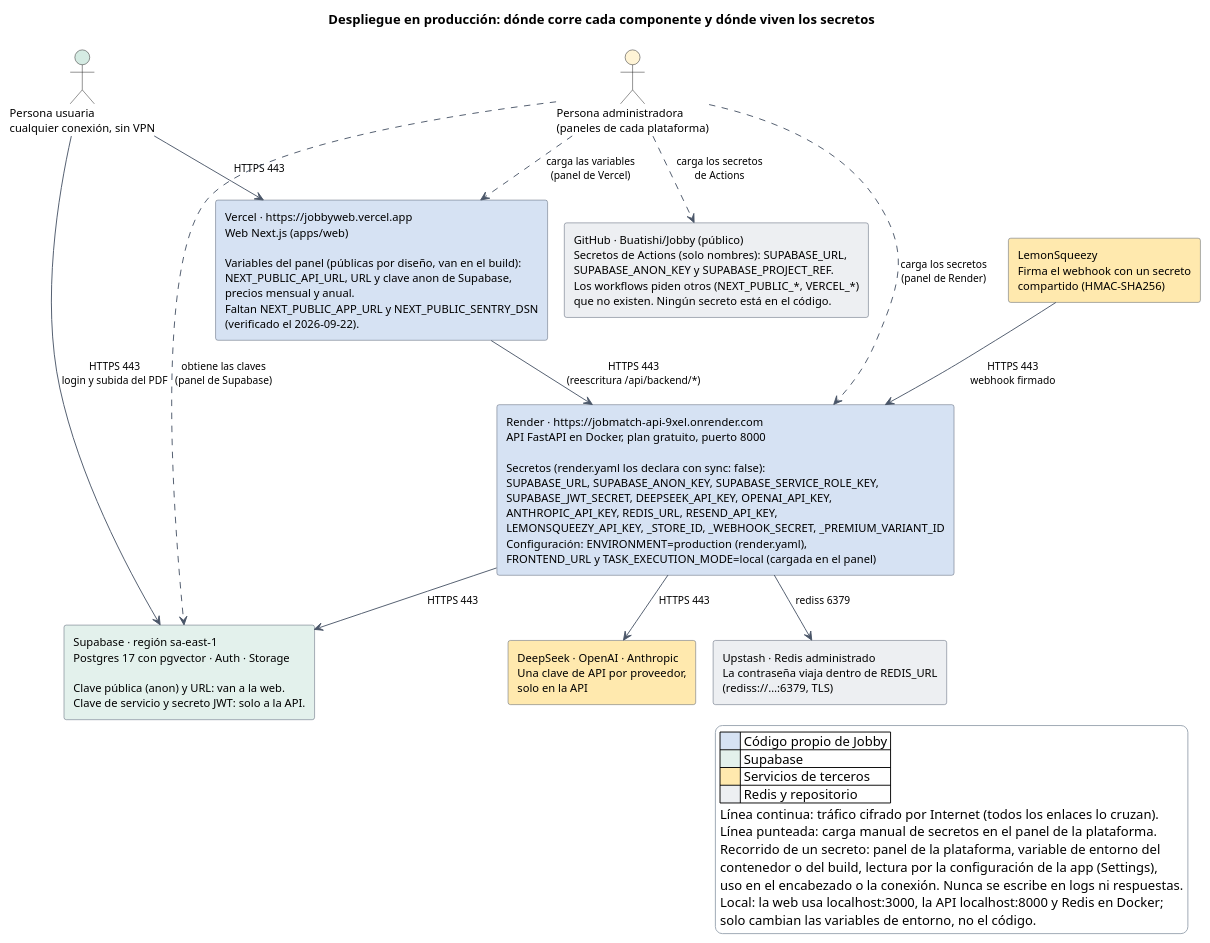
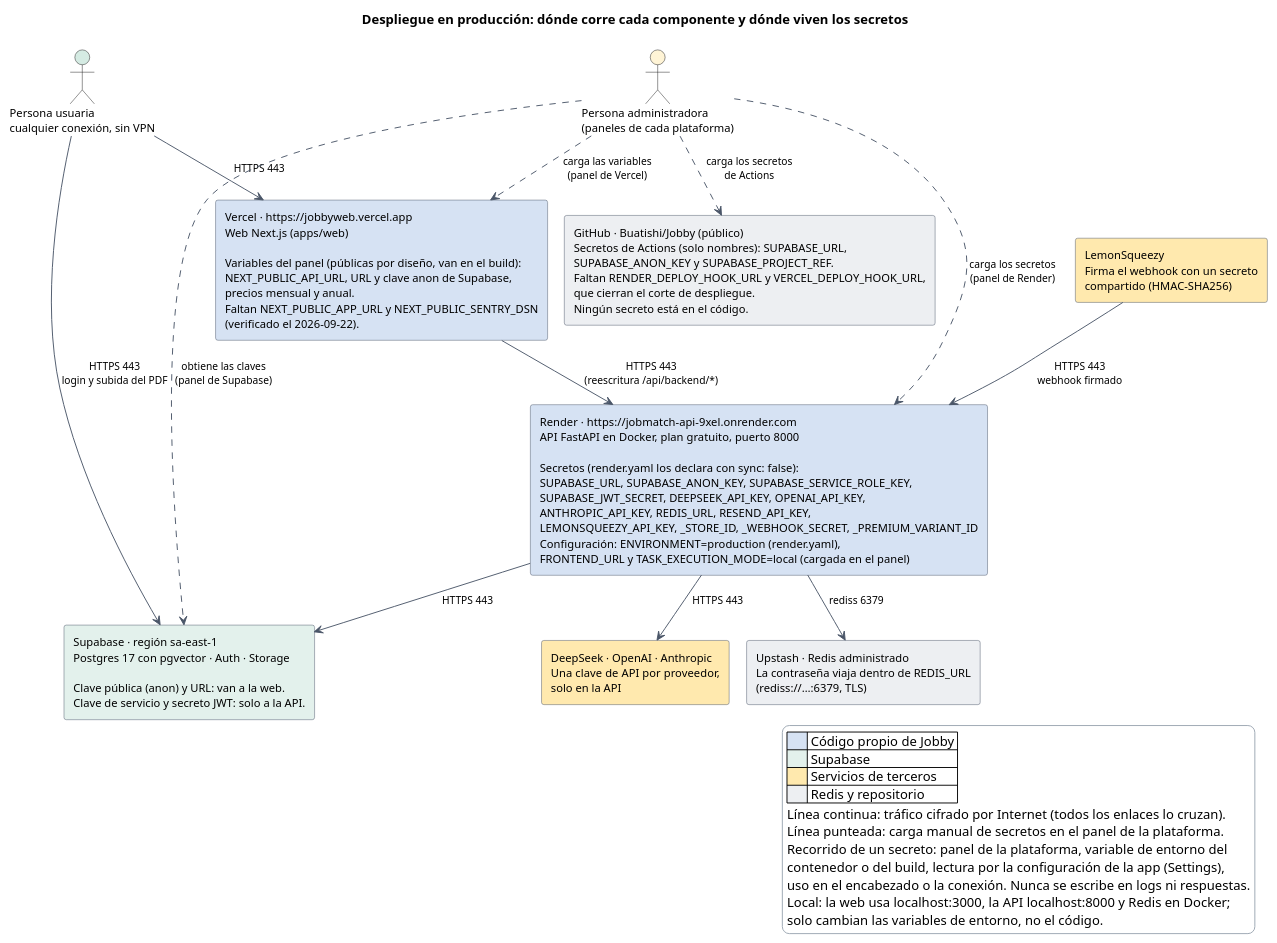
Before and after one commit to Buatishi/Jobby: the diagram in docs/diagramas/despliegue-y-secretos.puml, drawn with PlantUML. The commit also changed 8 other files, not shown here.

```diff
--- a/docs/diagramas/despliegue-y-secretos.puml
+++ b/docs/diagramas/despliegue-y-secretos.puml
@@ -1,61 +1,61 @@
 @startuml
 ' Despliegue de Jobby en producción, con la ubicación de los secretos. Verificado contra render.yaml, .env.example,
 ' README.md (En producción, Despliegue y Variables de entorno), apps/web/next.config.ts y las comprobaciones del 2026-09-21.
 ' Solo aparecen NOMBRES de variables; ningún valor.
 !pragma layout smetana
 top to bottom direction
 skinparam shadowing false
 skinparam defaultFontName Arial
 skinparam defaultFontSize 12
 skinparam ArrowColor #4A5568
 skinparam ArrowFontSize 11
 skinparam RectangleBorderColor #4A5568
 skinparam legendBackgroundColor #FFFFFF
 skinparam legendBorderColor #9AA5B1
 
 title Despliegue en producción: dónde corre cada componente y dónde viven los secretos
 
 actor "Persona usuaria\ncualquier conexión, sin VPN" as U #D5EBE3
 actor "Persona administradora\n(paneles de cada plataforma)" as ADM #FFF4D6
 
 rectangle "Vercel · https://jobbyweb.vercel.app\nWeb Next.js (apps/web)\n\nVariables del panel (públicas por diseño, van en el build):\nNEXT_PUBLIC_API_URL, URL y clave anon de Supabase,\nprecios mensual y anual.\nFaltan NEXT_PUBLIC_APP_URL y NEXT_PUBLIC_SENTRY_DSN\n(verificado el 2026-09-22)." as WEB #D6E2F3
 
 rectangle "Render · https://jobmatch-api-9xel.onrender.com\nAPI FastAPI en Docker, plan gratuito, puerto 8000\n\nSecretos (render.yaml los declara con sync: false):\nSUPABASE_URL, SUPABASE_ANON_KEY, SUPABASE_SERVICE_ROLE_KEY,\nSUPABASE_JWT_SECRET, DEEPSEEK_API_KEY, OPENAI_API_KEY,\nANTHROPIC_API_KEY, REDIS_URL, RESEND_API_KEY,\nLEMONSQUEEZY_API_KEY, _STORE_ID, _WEBHOOK_SECRET, _PREMIUM_VARIANT_ID\nConfiguración: ENVIRONMENT=production (render.yaml),\nFRONTEND_URL y TASK_EXECUTION_MODE=local (cargada en el panel)" as API #D6E2F3
 
 rectangle "Supabase · región sa-east-1\nPostgres 17 con pgvector · Auth · Storage\n\nClave pública (anon) y URL: van a la web.\nClave de servicio y secreto JWT: solo a la API." as SUP #E3F1EC
 
 rectangle "Upstash · Redis administrado\nLa contraseña viaja dentro de REDIS_URL\n(rediss://…:6379, TLS)" as RED #EDEFF2
 
 rectangle "DeepSeek · OpenAI · Anthropic\nUna clave de API por proveedor,\nsolo en la API" as IA #FFE9AE
 
 rectangle "LemonSqueezy\nFirma el webhook con un secreto\ncompartido (HMAC-SHA256)" as LS #FFE9AE
 
-rectangle "GitHub · Buatishi/Jobby (público)\nSecretos de Actions (solo nombres): SUPABASE_URL,\nSUPABASE_ANON_KEY y SUPABASE_PROJECT_REF.\nLos workflows piden otros (NEXT_PUBLIC_*, VERCEL_*)\nque no existen. Ningún secreto está en el código." as GH #EDEFF2
+rectangle "GitHub · Buatishi/Jobby (público)\nSecretos de Actions (solo nombres): SUPABASE_URL,\nSUPABASE_ANON_KEY y SUPABASE_PROJECT_REF.\nFaltan RENDER_DEPLOY_HOOK_URL y VERCEL_DEPLOY_HOOK_URL,\nque cierran el corte de despliegue.\nNingún secreto está en el código." as GH #EDEFF2
 
 U --> WEB : HTTPS 443
 U --> SUP : HTTPS 443\nlogin y subida del PDF
 WEB --> API : HTTPS 443\n(reescritura /api/backend/*)
 API --> SUP : HTTPS 443
 API --> RED : rediss 6379
 API --> IA : HTTPS 443
 LS --> API : HTTPS 443\nwebhook firmado
 
 ADM ..> WEB : carga las variables\n(panel de Vercel)
 ADM ..> API : carga los secretos\n(panel de Render)
 ADM ..> SUP : obtiene las claves\n(panel de Supabase)
 ADM ..> GH : carga los secretos\nde Actions
 
 legend right
   |<#D6E2F3>      | Código propio de Jobby |
   |<#E3F1EC>      | Supabase |
   |<#FFE9AE>      | Servicios de terceros |
   |<#EDEFF2>      | Redis y repositorio |
   Línea continua: tráfico cifrado por Internet (todos los enlaces lo cruzan).
   Línea punteada: carga manual de secretos en el panel de la plataforma.
   Recorrido de un secreto: panel de la plataforma, variable de entorno del
   contenedor o del build, lectura por la configuración de la app (Settings),
   uso en el encabezado o la conexión. Nunca se escribe en logs ni respuestas.
   Local: la web usa localhost:3000, la API localhost:8000 y Redis en Docker;
   solo cambian las variables de entorno, no el código.
 endlegend
 @enduml
```
